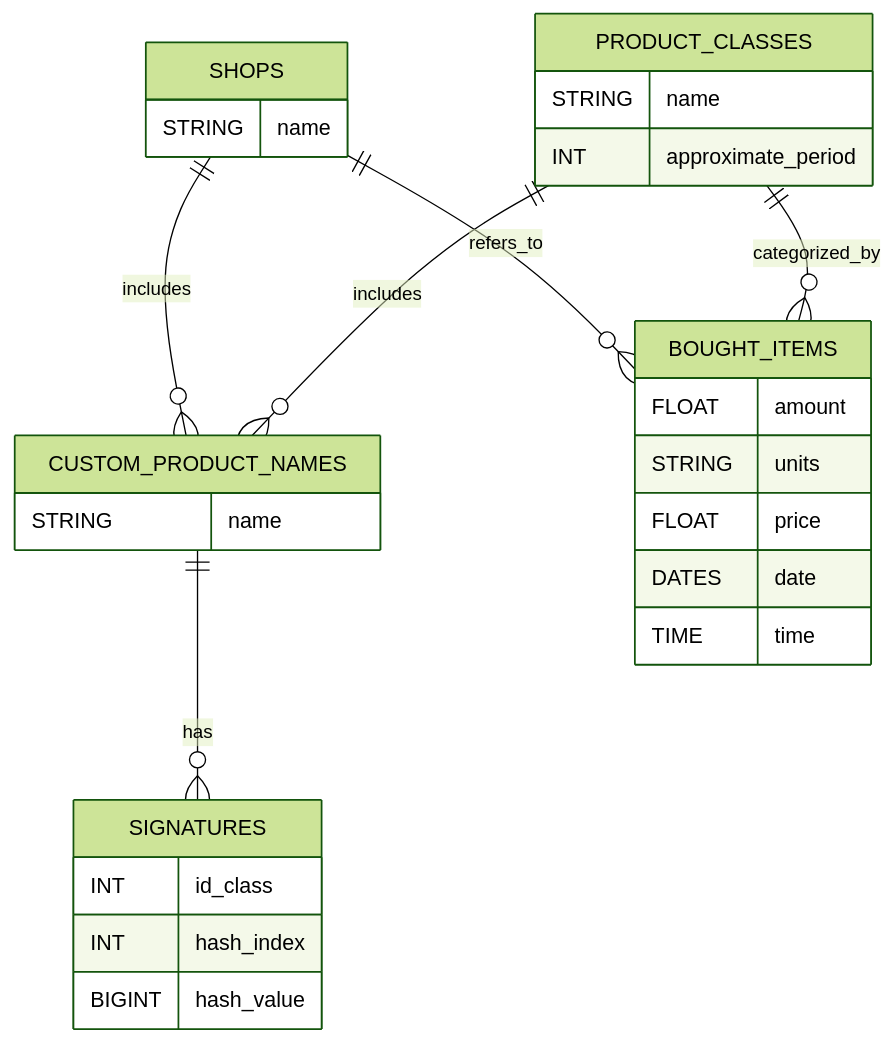
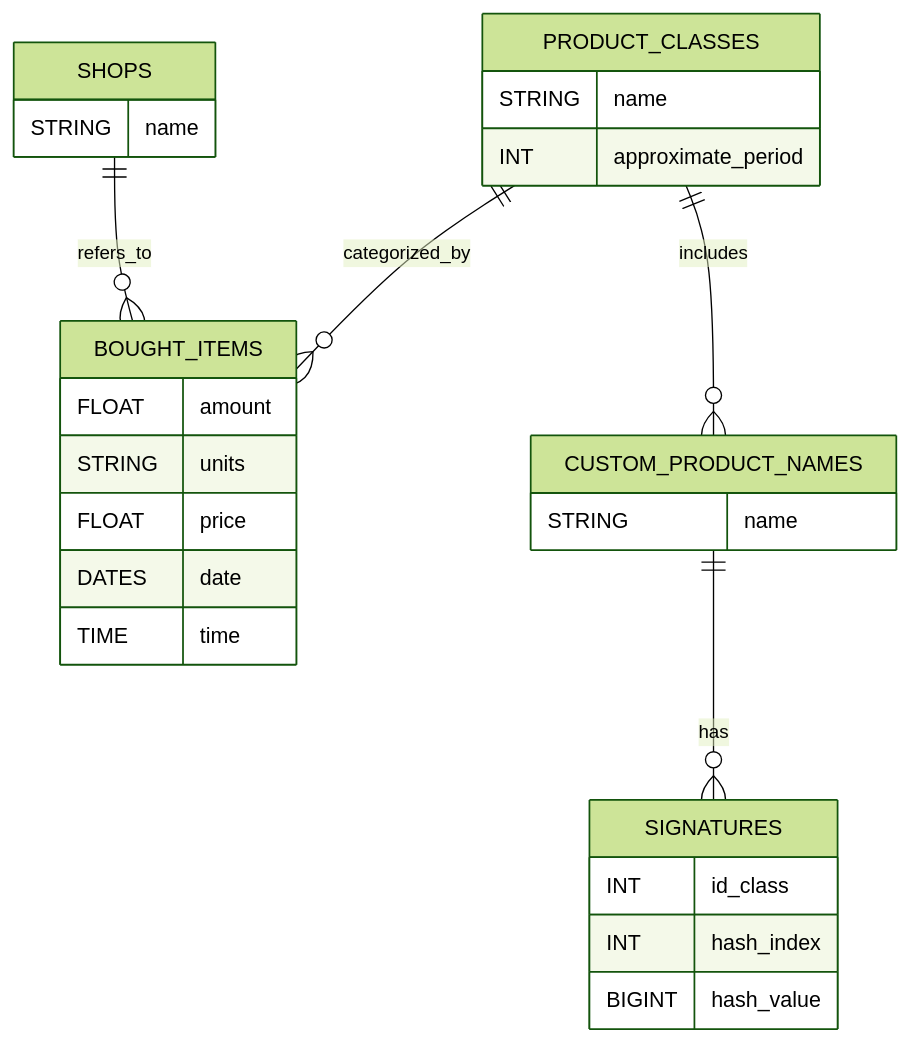
Before and after one commit to FrantisekI/zapoctovyProgramUctenky: the diagram in readme.md, drawn with Mermaid (forest theme). The commit also changed 3 other files, not shown here.

````diff
--- a/readme.md
+++ b/readme.md
@@ -35,33 +35,32 @@
 ```mermaid
 erDiagram
     SHOPS {
         STRING name
     }
     PRODUCT_CLASSES {
         STRING name
         INT approximate_period
     }
     CUSTOM_PRODUCT_NAMES {
         STRING name
     }
     SIGNATURES {
         INT id_class
         INT hash_index
         BIGINT hash_value
     }
     BOUGHT_ITEMS {
         FLOAT amount
         STRING units
         FLOAT price
         DATES date
         TIME time
     }
 
 
     SHOPS ||--o{ BOUGHT_ITEMS : refers_to
-    SHOPS ||--o{ CUSTOM_PRODUCT_NAMES : includes
     PRODUCT_CLASSES ||--o{ BOUGHT_ITEMS : categorized_by
     PRODUCT_CLASSES ||--o{ CUSTOM_PRODUCT_NAMES : includes
     CUSTOM_PRODUCT_NAMES ||--o{ SIGNATURES : has
     
 ```
````
